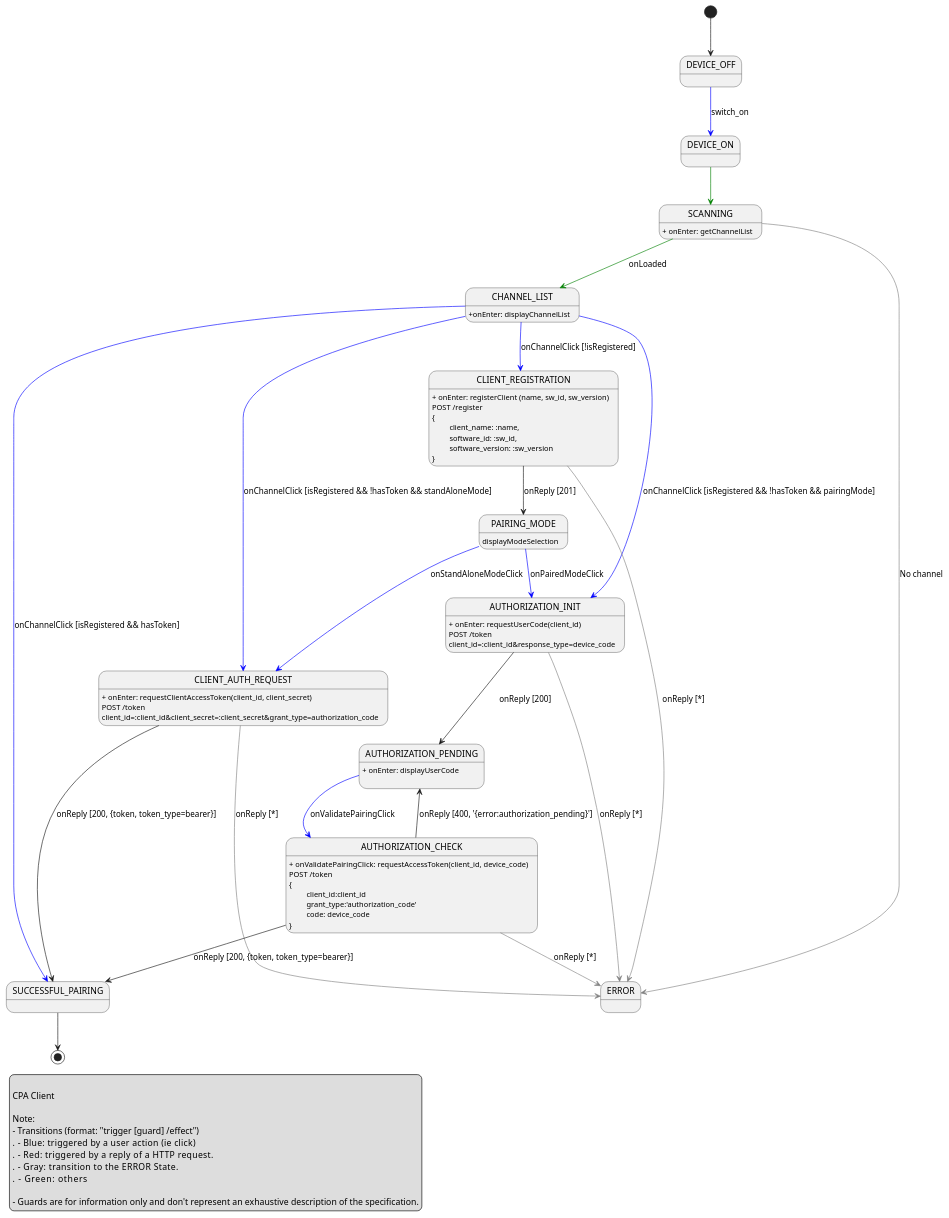
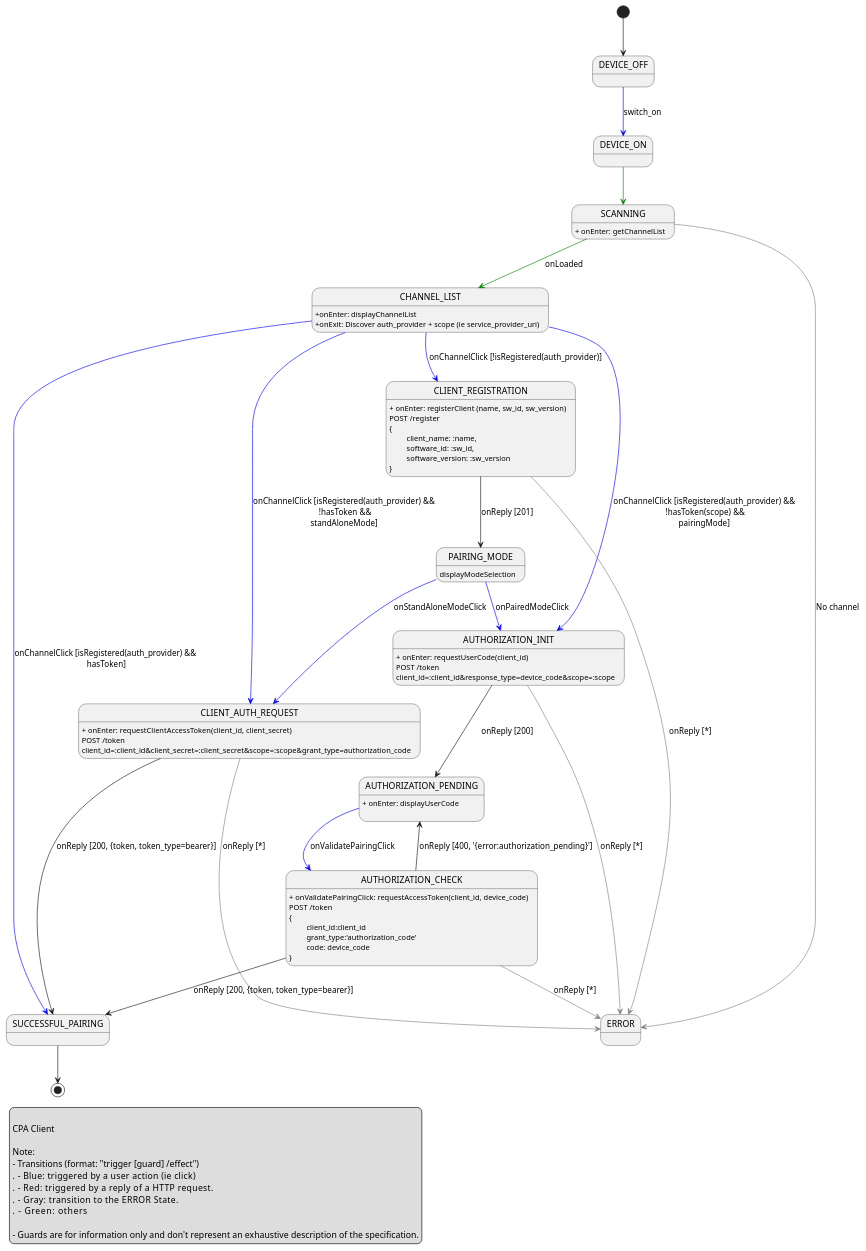
Before and after one commit to ebu/cpa-client: the diagram in docs/app-fsm.puml, drawn with PlantUML.

Commit message:
Add scope and multiple auth_provider

```diff
--- a/docs/app-fsm.puml
+++ b/docs/app-fsm.puml
@@ -1,111 +1,115 @@
 @startuml
 
 
 [*] --> DEVICE_OFF
 
 'State declaration
 state DEVICE_OFF
 state SCANNING
 state CHANNEL_LIST
 state CLIENT_REGISTRATION
 state CLIENT_AUTH_REQUEST
 state PAIRING_MODE
 state AUTHORIZATION_INIT
 state AUTHORIZATION_PENDING
 state SUCCESSFUL_PAIRING
 state ERROR
 
 
 'State definition
 
 SCANNING: + onEnter: getChannelList
 
 CHANNEL_LIST: +onEnter: displayChannelList
+CHANNEL_LIST: +onExit: Discover auth_provider + scope (ie service_provider_uri)
+
 
 CLIENT_REGISTRATION: + onEnter: registerClient (name, sw_id, sw_version)
 CLIENT_REGISTRATION:  POST /register
 CLIENT_REGISTRATION:  {
 CLIENT_REGISTRATION:  \t client_name: :name,
 CLIENT_REGISTRATION:  \t software_id: :sw_id,
 CLIENT_REGISTRATION:  \t software_version: :sw_version
 CLIENT_REGISTRATION:  }
 
+
+
 PAIRING_MODE: displayModeSelection
 
 CLIENT_AUTH_REQUEST: + onEnter: requestClientAccessToken(client_id, client_secret)
 CLIENT_AUTH_REQUEST: POST /token
-CLIENT_AUTH_REQUEST: client_id=:client_id&client_secret=:client_secret&grant_type=authorization_code
+CLIENT_AUTH_REQUEST: client_id=:client_id&client_secret=:client_secret&scope=:scope&grant_type=authorization_code
 
 AUTHORIZATION_INIT: + onEnter: requestUserCode(client_id)
 AUTHORIZATION_INIT: POST /token
-AUTHORIZATION_INIT: client_id=:client_id&response_type=device_code
+AUTHORIZATION_INIT: client_id=:client_id&response_type=device_code&scope=:scope
 
 AUTHORIZATION_PENDING: + onEnter: displayUserCode
 AUTHORIZATION_PENDING:
 
 AUTHORIZATION_CHECK: + onValidatePairingClick: requestAccessToken(client_id, device_code)
 AUTHORIZATION_CHECK: POST /token
 AUTHORIZATION_CHECK: {
 AUTHORIZATION_CHECK: \t client_id:client_id
 AUTHORIZATION_CHECK: \t grant_type:'authorization_code'
 AUTHORIZATION_CHECK: \t code: device_code
 AUTHORIZATION_CHECK: }
 
 
 'Transitions
 
 DEVICE_OFF -[#blue]-> DEVICE_ON: switch_on
 DEVICE_ON -[#green]-> SCANNING
 
 SCANNING -[#green]-> CHANNEL_LIST: onLoaded
 SCANNING -[#gray]right-> ERROR: No channel
 
-CHANNEL_LIST -[#blue]-> CLIENT_REGISTRATION: onChannelClick [!isRegistered]
-CHANNEL_LIST -[#blue]-> AUTHORIZATION_INIT: onChannelClick [isRegistered && !hasToken && pairingMode]
-CHANNEL_LIST -[#blue]-> CLIENT_AUTH_REQUEST: onChannelClick [isRegistered && !hasToken && standAloneMode]
-CHANNEL_LIST -[#blue]-> SUCCESSFUL_PAIRING: onChannelClick [isRegistered && hasToken]
+CHANNEL_LIST -[#blue]-> CLIENT_REGISTRATION: onChannelClick [!isRegistered(auth_provider)]
+CHANNEL_LIST -[#blue]-> AUTHORIZATION_INIT: onChannelClick [isRegistered(auth_provider) &&\n !hasToken(scope) &&\npairingMode]
+CHANNEL_LIST -[#blue]-> CLIENT_AUTH_REQUEST: onChannelClick [isRegistered(auth_provider) &&\n !hasToken &&\nstandAloneMode]
+CHANNEL_LIST -[#blue]-> SUCCESSFUL_PAIRING: onChannelClick [isRegistered(auth_provider) &&\n hasToken]
 
 
 CLIENT_REGISTRATION --> PAIRING_MODE: onReply [201]
 CLIENT_REGISTRATION -[#gray]-> ERROR: onReply [*]
 
 PAIRING_MODE -[#blue]-> AUTHORIZATION_INIT: onPairedModeClick
 PAIRING_MODE -[#blue]-> CLIENT_AUTH_REQUEST: onStandAloneModeClick
 
 CLIENT_AUTH_REQUEST --> SUCCESSFUL_PAIRING: onReply [200, {token, token_type=bearer}]
 CLIENT_AUTH_REQUEST -[#gray]-> ERROR: onReply [*]
 
 AUTHORIZATION_INIT --> AUTHORIZATION_PENDING: onReply [200]
 AUTHORIZATION_INIT -[#gray]-> ERROR: onReply [*]
 
 
 AUTHORIZATION_PENDING -[#blue]-> AUTHORIZATION_CHECK: onValidatePairingClick
 
 AUTHORIZATION_CHECK --> SUCCESSFUL_PAIRING: onReply [200, {token, token_type=bearer}]
 AUTHORIZATION_CHECK --> AUTHORIZATION_PENDING: onReply [400, '{error:authorization_pending}']
 AUTHORIZATION_CHECK -[#gray]-> ERROR: onReply [*]
 
 SUCCESSFUL_PAIRING --> [*]
 
 
 'Legend
 
 legend left
 
 CPA Client
 
 Note:
 - Transitions (format: "trigger [guard] /effect")
 .     - Blue:  triggered by a user action (ie click)
 .     - Red:   triggered by a reply of a HTTP request.
 .     - Gray:  transition to the ERROR State.
 .     - Green: others
 
 - Guards are for information only and don't represent an exhaustive description of the specification.
 endlegend
 
 
 
 ' note right of STATE: "transition: trigger[guard]/effect"
 
 @enduml
```
